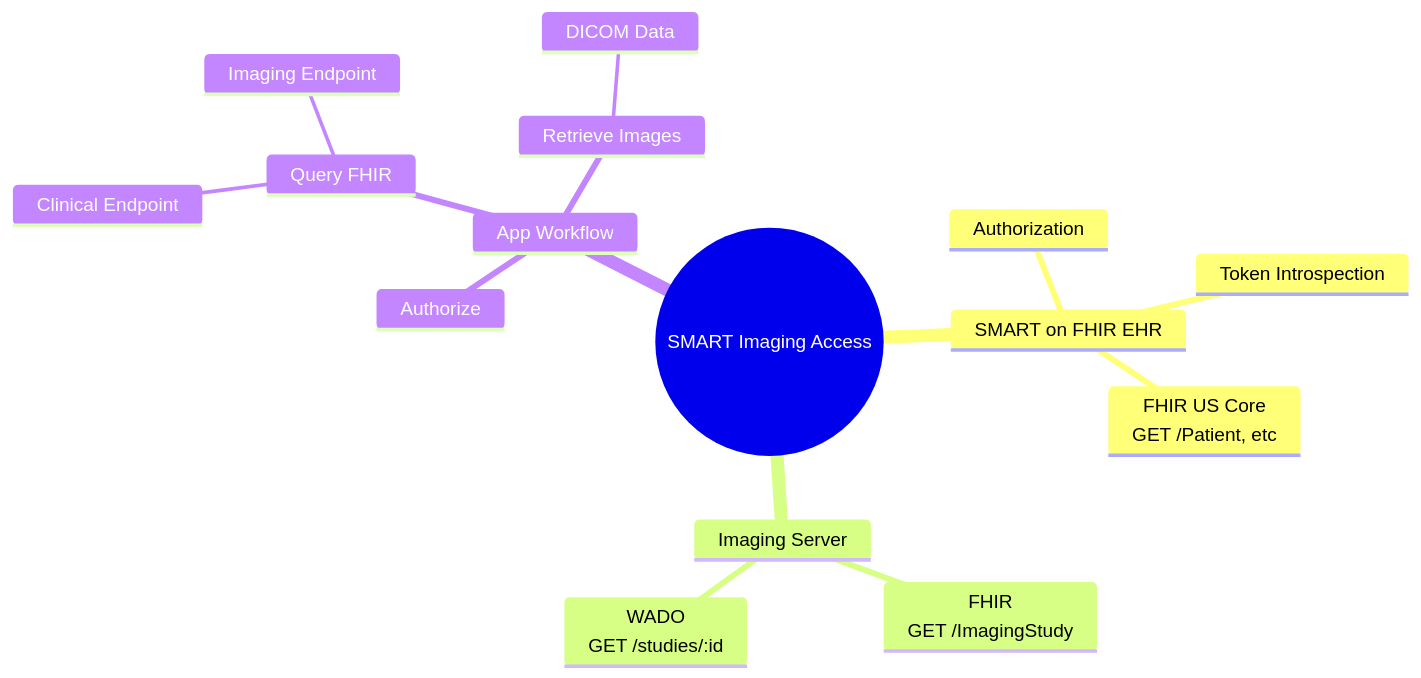
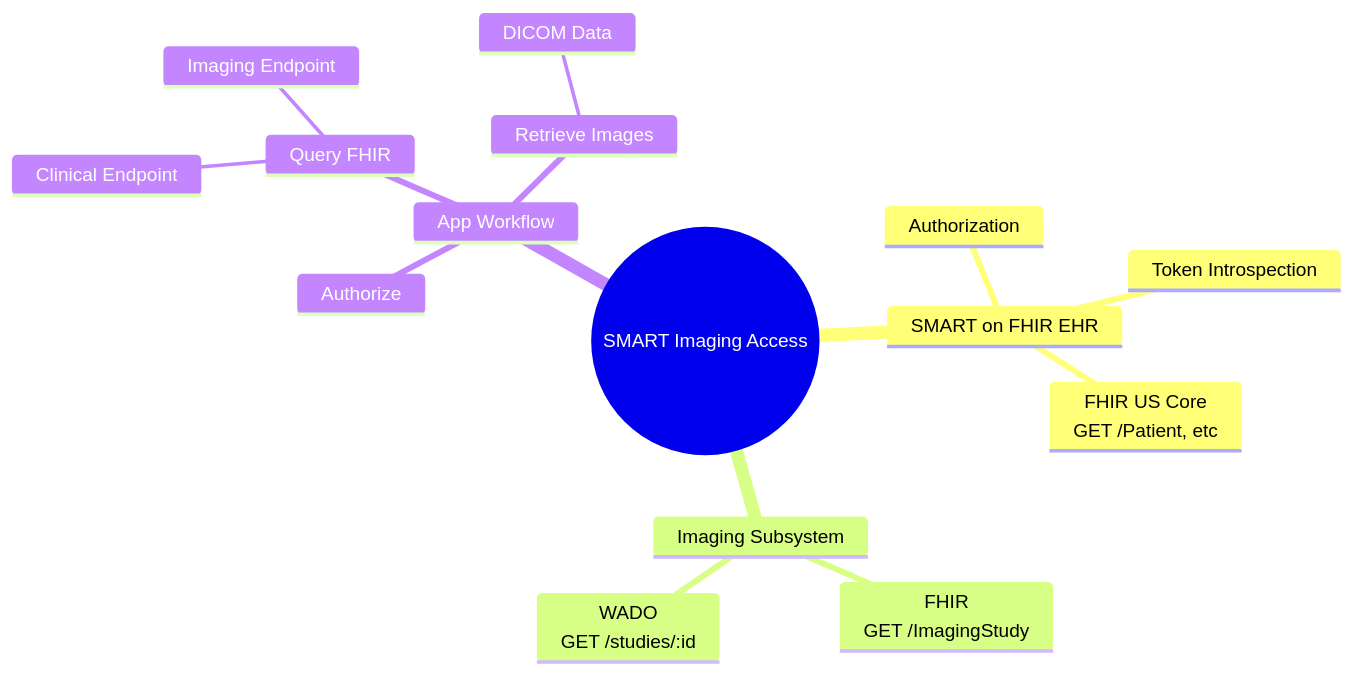
Before and after one commit to jmandel/smart-imaging: the first of 2 diagrams in README.md, drawn with Mermaid.

Commit message:
Label imaging subsystem

````diff
--- a/README.md
+++ b/README.md
@@ -9,18 +9,18 @@
 ```mermaid
 mindmap
   root((SMART Imaging Access))
     SMART on FHIR EHR
       Authorization
       Token Introspection
       FHIR US Core<br>GET /Patient, etc
-    Imaging Server
+    Imaging Subsystem
       FHIR<br>GET /ImagingStudy
       WADO<br>GET /studies/:id
     App Workflow
       Authorize
       Query FHIR
         Clinical Endpoint
         Imaging Endpoint
       Retrieve Images
         DICOM Data
 ```
````
